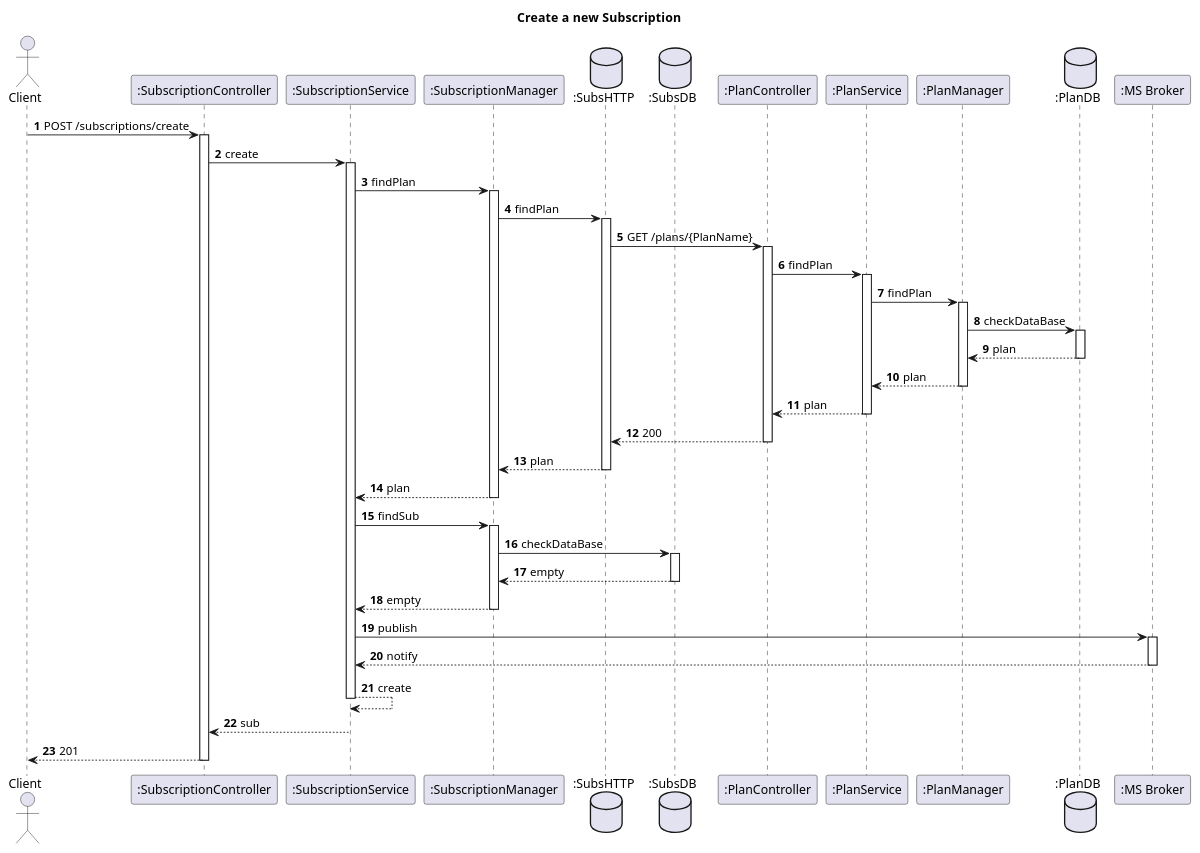
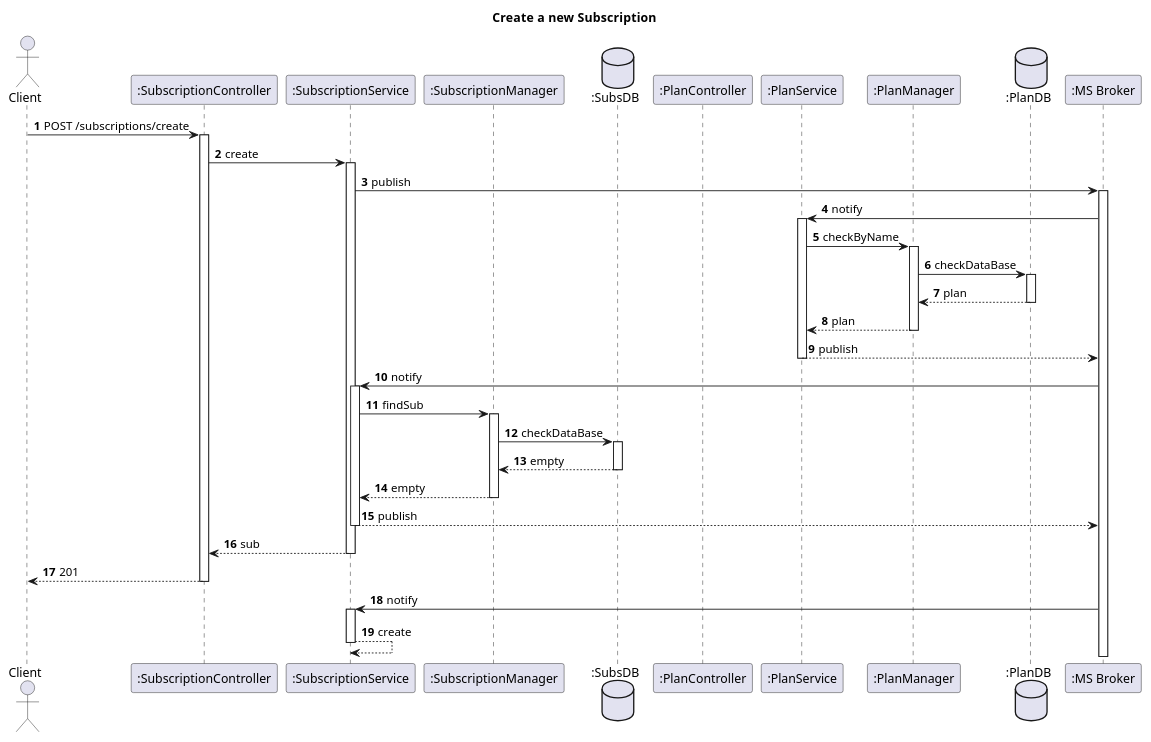
One commit to IsepMartimOliveira/SIDIS changed the diagram in docs_sidis/Segunda_Avalição/Subs/Vista Logica/N3/CreateSubscription.puml. Above: the diagram before and after it, drawn with PlantUML. The commit also changed 8 other files, not shown here.

```diff
--- a/docs_sidis/Segunda_Avalição/Subs/Vista Logica/N3/CreateSubscription.puml
+++ b/docs_sidis/Segunda_Avalição/Subs/Vista Logica/N3/CreateSubscription.puml
@@ -1,47 +1,45 @@
 @startuml
 'https://plantuml.com/sequence-diagram
 autoactivate on
 autonumber
 title  Create  a new Subscription
 
 autonumber
 
 actor "Client" as Ac
 participant ":SubscriptionController" as Auth
 participant ":SubscriptionService" as SService
 participant ":SubscriptionManager" as UManager
-database ":SubsHTTP" as SHTTP
 database ":SubsDB" as SDB
 participant ":PlanController" as Plan
 participant ":PlanService" as PService
 participant ":PlanManager" as PManager
 database ":PlanDB" as PDB
 
 
 participant ":MS Broker" as Broker
 
 Ac->Auth: POST /subscriptions/create
 Auth->SService: create
-SService->UManager: findPlan
-UManager -> SHTTP: findPlan
-SHTTP -> Plan:GET /plans/{PlanName}
-Plan-> PService: findPlan
-PService->PManager: findPlan
-PManager->PDB:checkDataBase
+SService->Broker: publish
+Broker->PService: notify
+PService-> PManager: checkByName
+PManager-> PDB: checkDataBase
 PDB-->PManager:plan
 PManager-->PService:plan
-PService-->Plan:plan
-Plan-->SHTTP: 200
-SHTTP-->UManager:plan
-UManager--> SService:plan
-SService->UManager: findSub
+PService-->Broker: publish
+Broker->SService:notify
+
+
+SService->UManager:findSub
 UManager->SDB: checkDataBase
 SDB-->UManager:empty
 UManager --> SService:empty
-SService->Broker: publish
-Broker--> SService: notify
-SService --> SService: create
+SService-->Broker: publish
 SService -->Auth:sub
 Auth --> Ac : 201
+Broker-> SService: notify
+SService --> SService: create
+
 
 @enduml
```
